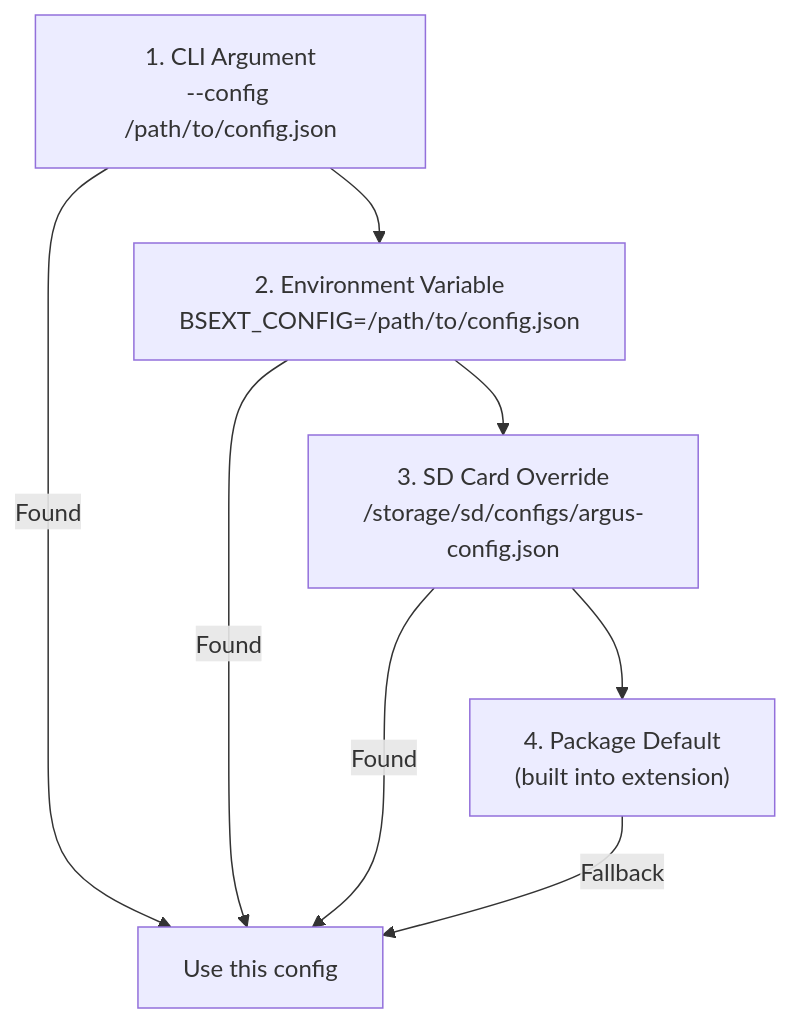
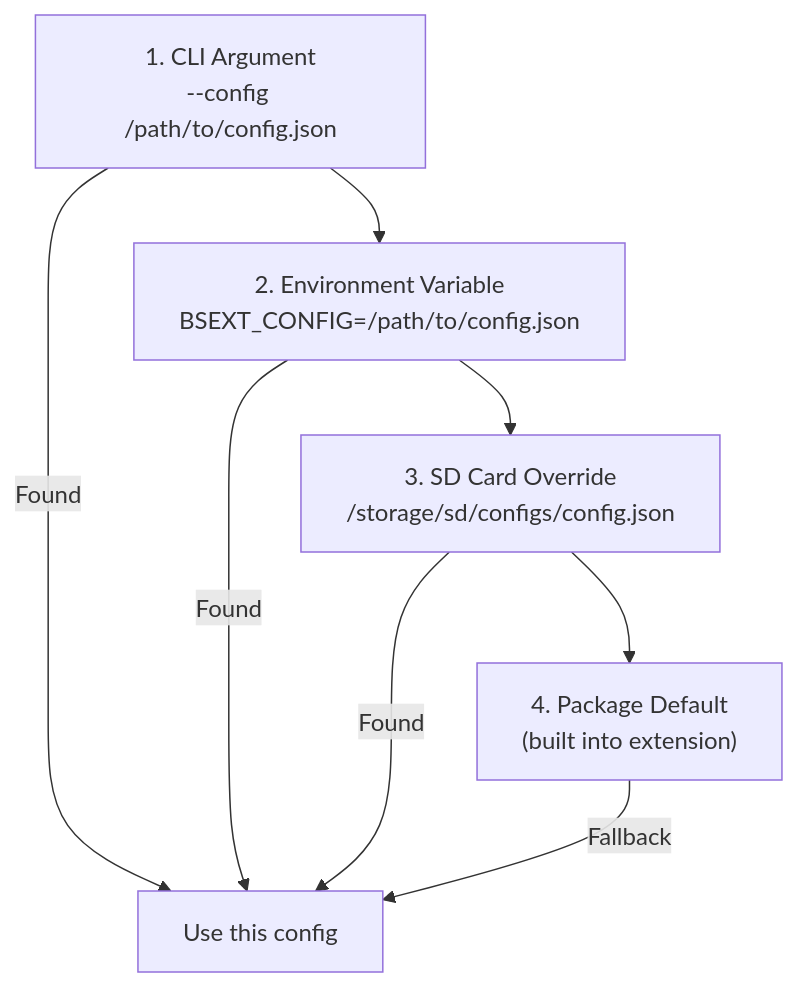
The diagram in docs/CONFIGURATION.md (brightsign/argus-audience-measurement-extension), drawn with Mermaid before and after one commit. The commit also changed other lines of this file and 26 other files, not shown here.

````diff
--- a/docs/CONFIGURATION.md
+++ b/docs/CONFIGURATION.md
@@ -9,12 +9,12 @@
 ```mermaid
 flowchart TD
     CLI["1. CLI Argument<br/>--config /path/to/config.json"] --> ENV
     ENV["2. Environment Variable<br/>BSEXT_CONFIG=/path/to/config.json"] --> SD
-    SD["3. SD Card Override<br/>/storage/sd/configs/argus-config.json"] --> PKG
+    SD["3. SD Card Override<br/>/storage/sd/configs/config.json"] --> PKG
     PKG["4. Package Default<br/>(built into extension)"]
 
     CLI --> |Found| USE[Use this config]
     ENV --> |Found| USE
     SD --> |Found| USE
     PKG --> |Fallback| USE
 ```
````
